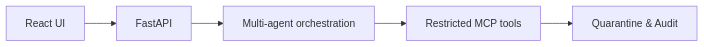
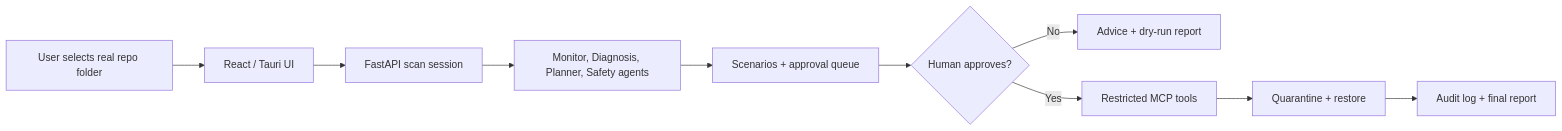
Before and after one commit to omerfarooq223/ospilot-agent: the diagram in README.md, drawn with Mermaid. The commit also changed other lines of this file and 39 other files, not shown here.

````diff
--- a/README.md
+++ b/README.md
@@ -31,7 +31,12 @@
 ```mermaid
-graph LR
-    UI[React UI] --> API[FastAPI]
-    API --> Agents[Multi-agent orchestration]
-    Agents --> Tools[Restricted MCP tools]
-    Tools --> Audit[Quarantine & Audit]
+flowchart LR
+    User["User selects real repo folder"] --> UI["React / Tauri UI"]
+    UI --> API["FastAPI scan session"]
+    API --> Agents["Monitor, Diagnosis, Planner, Safety agents"]
+    Agents --> Plan["Scenarios + approval queue"]
+    Plan --> Gate{"Human approves?"}
+    Gate -- "No" --> Report["Advice + dry-run report"]
+    Gate -- "Yes" --> Tools["Restricted MCP tools"]
+    Tools --> Quarantine["Quarantine + restore"]
+    Quarantine --> Audit["Audit log + final report"]
 ```
````
